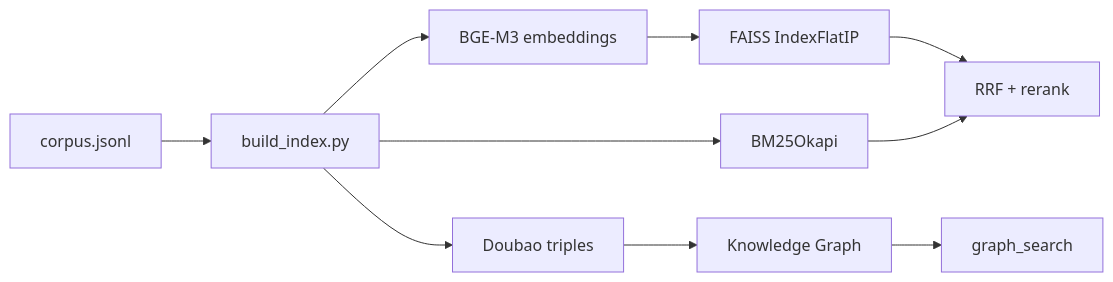
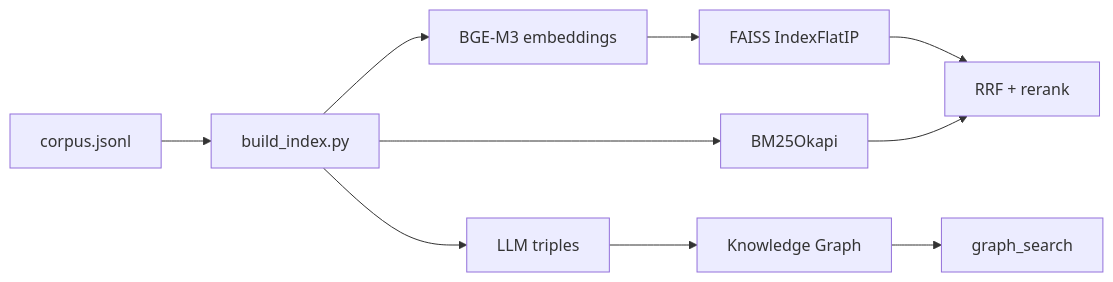
Before and after one commit to Lafinger/AgenticRAG-RL: the fourth of 16 diagrams in demo/README.md, drawn with Mermaid. The commit also changed other lines of this file and 15 other files, not shown here.

Commit message:
将工程中的 Doubao/豆包/火山方舟/Volc/TOS/ARK 相关代码、配置示例、CLI 参数、测试和文档全部移除。 默认 LLM provider 改为 newapi，保留 rightcode 作为可选 provider。 按用户确认，Doubao 专属的 batch inference 能力整体删除，不做替代实现。

````diff
--- a/demo/README.md
+++ b/demo/README.md
@@ -272,12 +271,12 @@
 ```mermaid
 flowchart LR
     A["corpus.jsonl"] --> B["build_index.py"]
     B --> C["BGE-M3 embeddings"]
     C --> D["FAISS IndexFlatIP"]
     B --> E["BM25Okapi"]
-    B --> F["Doubao triples"]
+    B --> F["LLM triples"]
     F --> G["Knowledge Graph"]
     D --> H["RRF + rerank"]
     E --> H
     G --> I["graph_search"]
 ```
````
